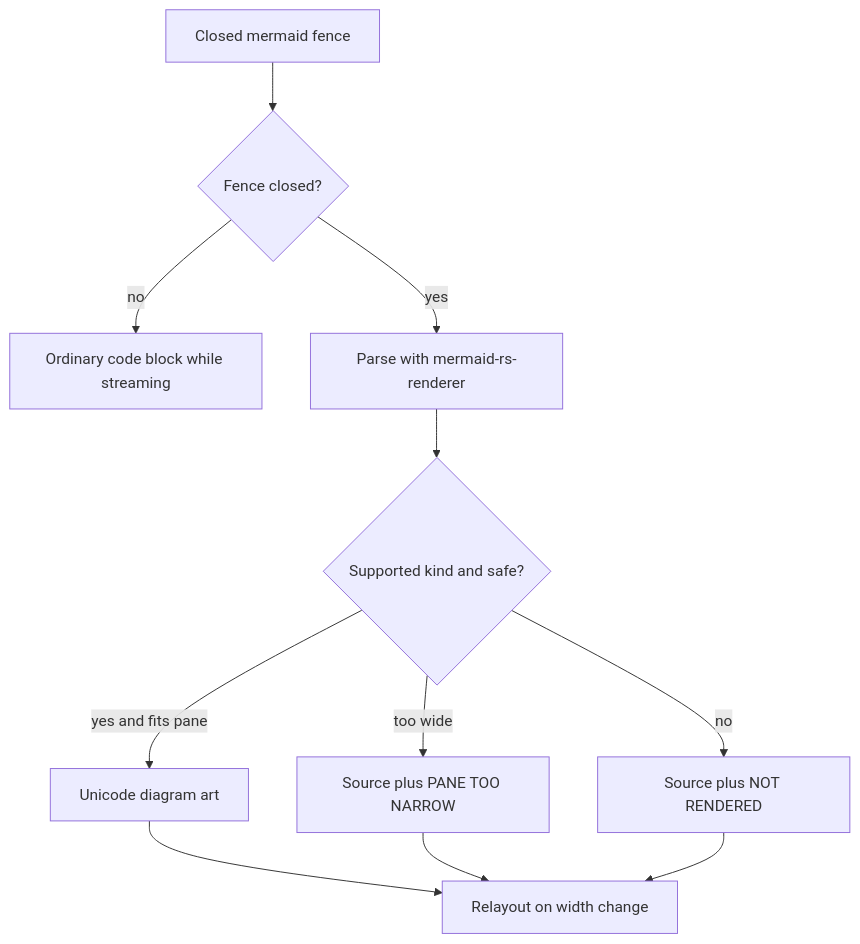
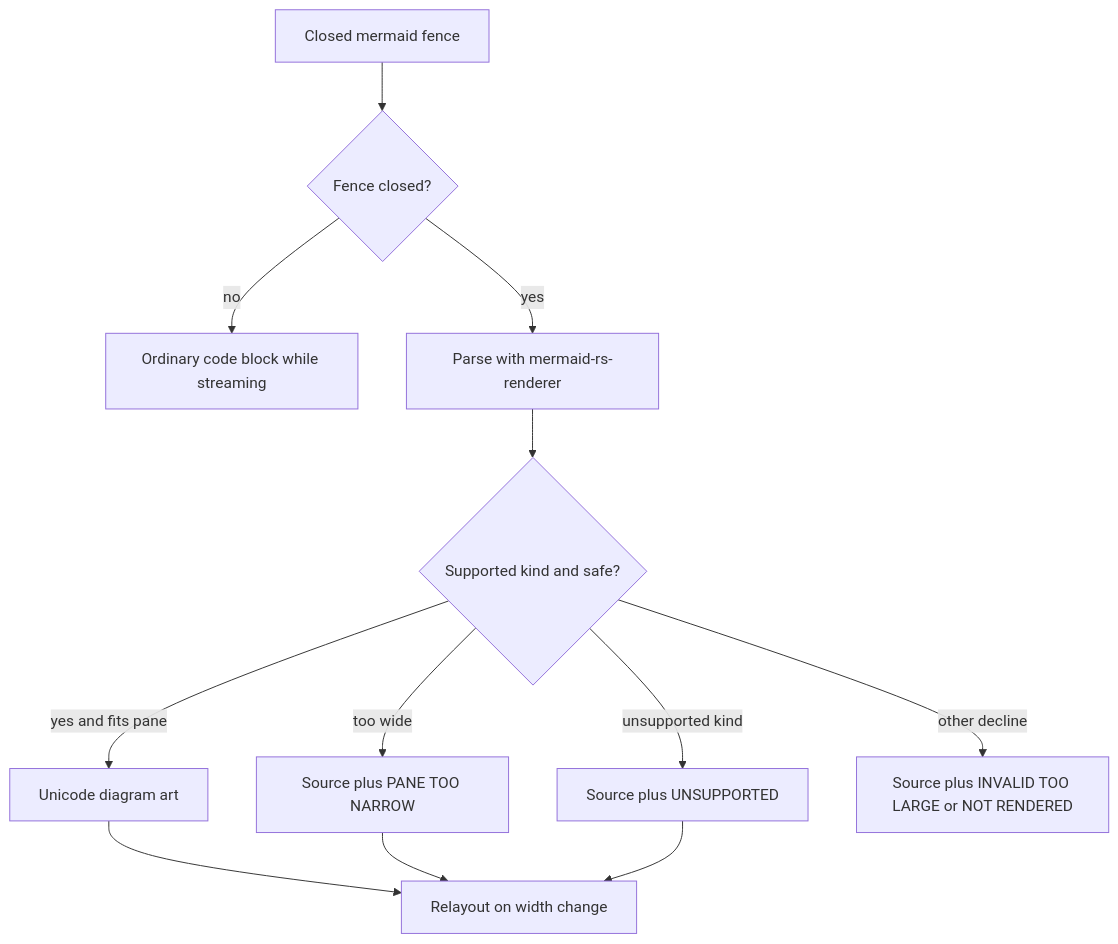
One commit to matthewyjiang/rho changed the diagram in docs/interactive-tui/mermaid.md. Above: the diagram before and after it, drawn with Mermaid. The commit also changed other lines of this file and 11 other files, not shown here.

First line of the commit message:
feat(tui): paint everyday mermaid instead of dumping source (#974)

````diff
--- a/docs/interactive-tui/mermaid.md
+++ b/docs/interactive-tui/mermaid.md
@@ -11,13 +11,14 @@
 ```mermaid
 flowchart TD
     fence[Closed mermaid fence] --> closed{Fence closed?}
     closed -->|no| code[Ordinary code block while streaming]
     closed -->|yes| parse[Parse with mermaid-rs-renderer]
     parse --> kind{Supported kind and safe?}
     kind -->|yes and fits pane| art[Unicode diagram art]
     kind -->|too wide| narrow[Source plus PANE TOO NARROW]
-    kind -->|no| raw[Source plus NOT RENDERED]
+    kind -->|unsupported kind| raw[Source plus UNSUPPORTED]
+    kind -->|other decline| other[Source plus INVALID TOO LARGE or NOT RENDERED]
     art --> resize[Relayout on width change]
     narrow --> resize
     raw --> resize
 ```
````
